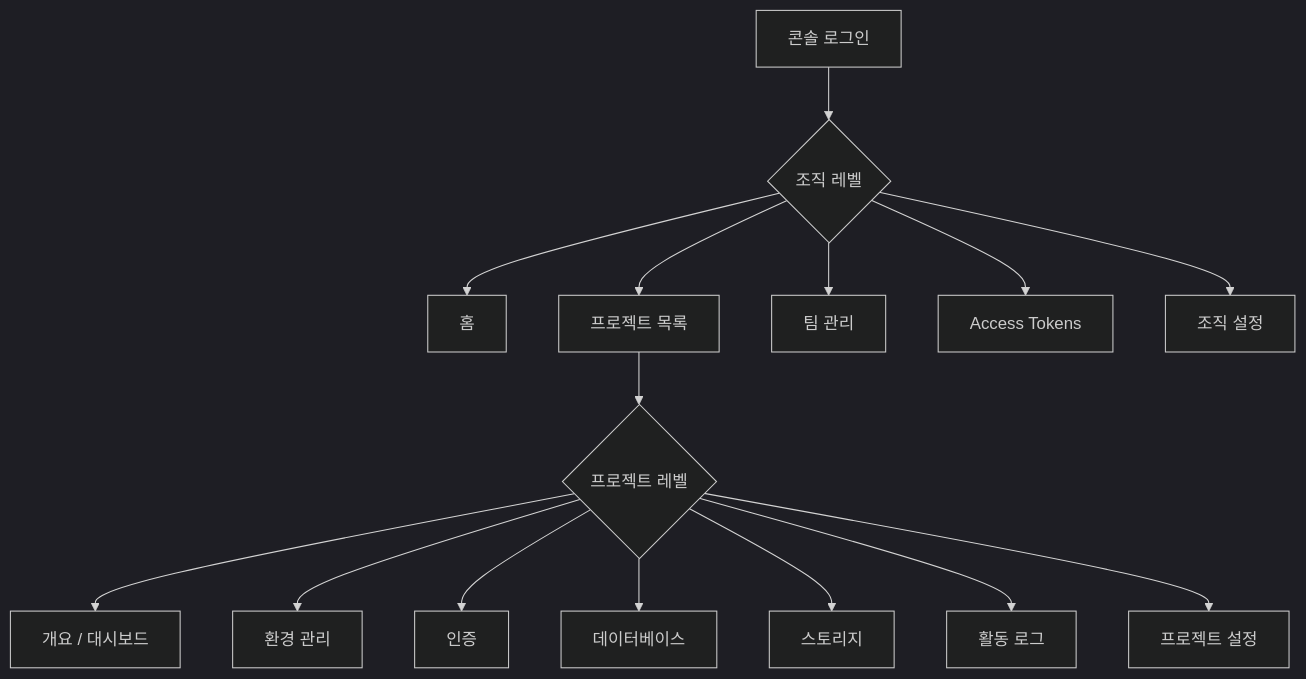
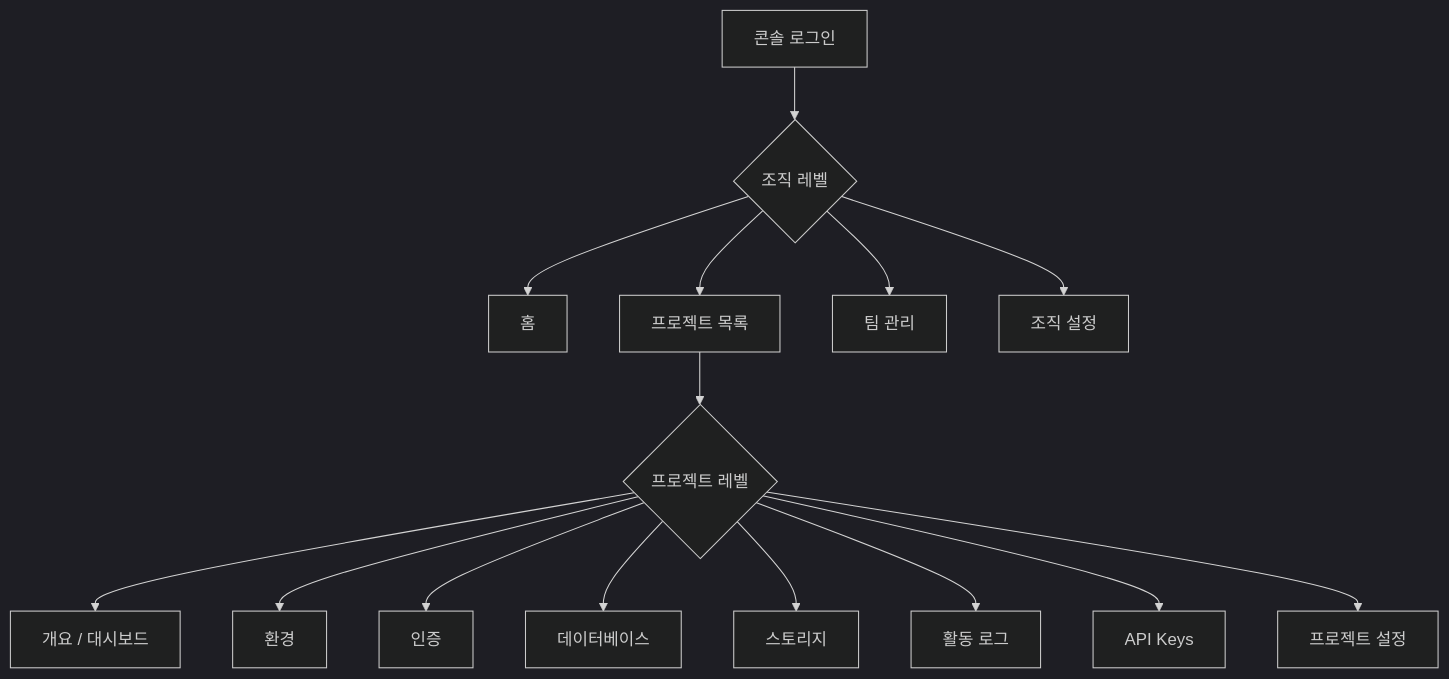
Before and after one commit to popup-studio-ai/bkend-docs: the diagram in ko/console/01-overview.md, drawn with Mermaid (dark theme). The commit also changed other lines of this file and 365 other files, not shown here.

````diff
--- a/ko/console/01-overview.md
+++ b/ko/console/01-overview.md
@@ -17,17 +17,17 @@
 ```mermaid
 flowchart TD
     A[콘솔 로그인] --> B{조직 레벨}
     B --> C[홈]
     B --> D[프로젝트 목록]
     B --> E[팀 관리]
-    B --> F[Access Tokens]
-    B --> G[조직 설정]
+    B --> F[조직 설정]
     D --> H{프로젝트 레벨}
     H --> I[개요 / 대시보드]
-    H --> J[환경 관리]
+    H --> J[환경]
     H --> K[인증]
     H --> L[데이터베이스]
     H --> M[스토리지]
     H --> N[활동 로그]
-    H --> O[프로젝트 설정]
+    H --> O[API Keys]
+    H --> P[프로젝트 설정]
 ```
````
